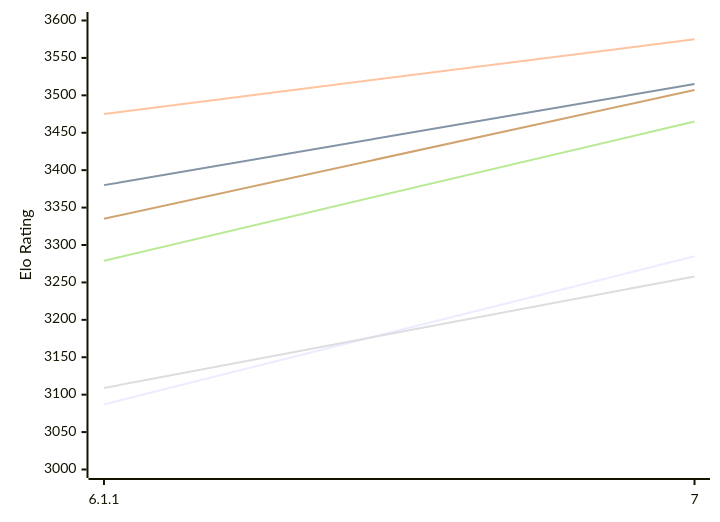
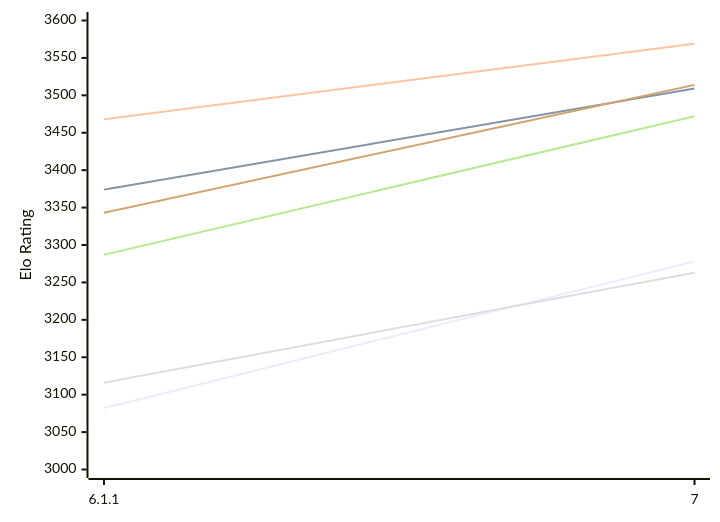
The first of 2 diagrams in engines/Zangdar.md (computer-chess-index/cci), drawn with Mermaid before and after one commit. The commit also changed other lines of this file, not shown here.

Commit message:
Update CCI Ratings (ELO VLTC) - 2026-11-18

````diff
--- a/engines/Zangdar.md
+++ b/engines/Zangdar.md
@@ -53,12 +53,12 @@
 ```mermaid
 %%{init: {"theme":"base","themeVariables":{"seriesColors:['#a3a3a3','#222221','#faa371']}}}%%
 xychart-beta
   x-axis ["6.1.1", "7"]
   y-axis "Elo Rating" 3000 --> 3600
-  line "E1: STC (8.0+0.08s)" [3087, 3285]
-  line "E1: LTC (60.0+0.60s)" [3380, 3515]
-  line "E1: VLTC (2m24s+1.12s)" [3475, 3575]
-  line "P1: STC (8.0+0.08s)" [3109, 3258]
-  line "P1: LTC (60.0+0.60s)" [3279, 3465]
-  line "P1: VLTC (2m24s+1.12s)" [3335, 3507]
+  line "E1: STC (8.0+0.08s)" [3082, 3278]
+  line "E1: LTC (60.0+0.60s)" [3374, 3509]
+  line "E1: VLTC (2m24s+1.12s)" [3468, 3569]
+  line "P1: STC (8.0+0.08s)" [3116, 3263]
+  line "P1: LTC (60.0+0.60s)" [3287, 3472]
+  line "P1: VLTC (2m24s+1.12s)" [3343, 3514]
 ```
````
